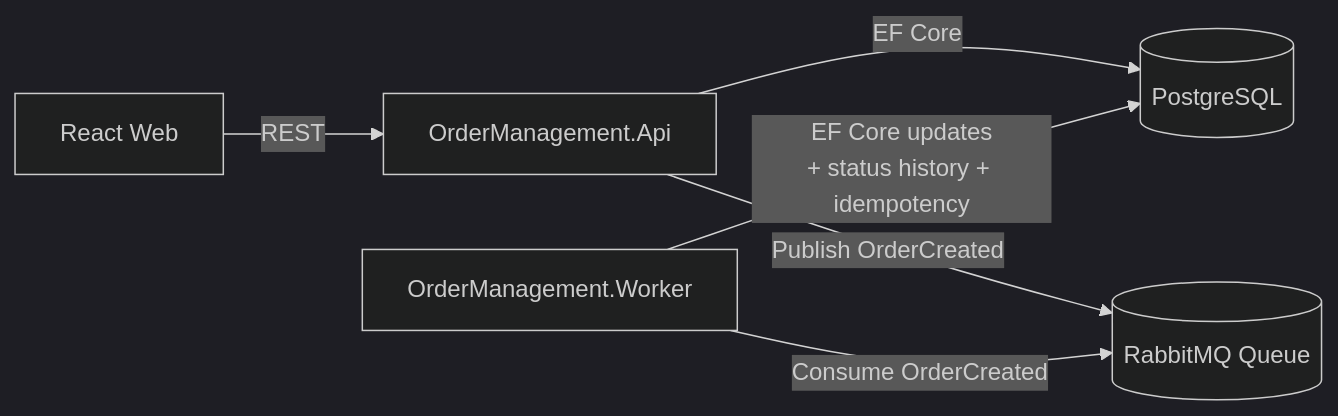
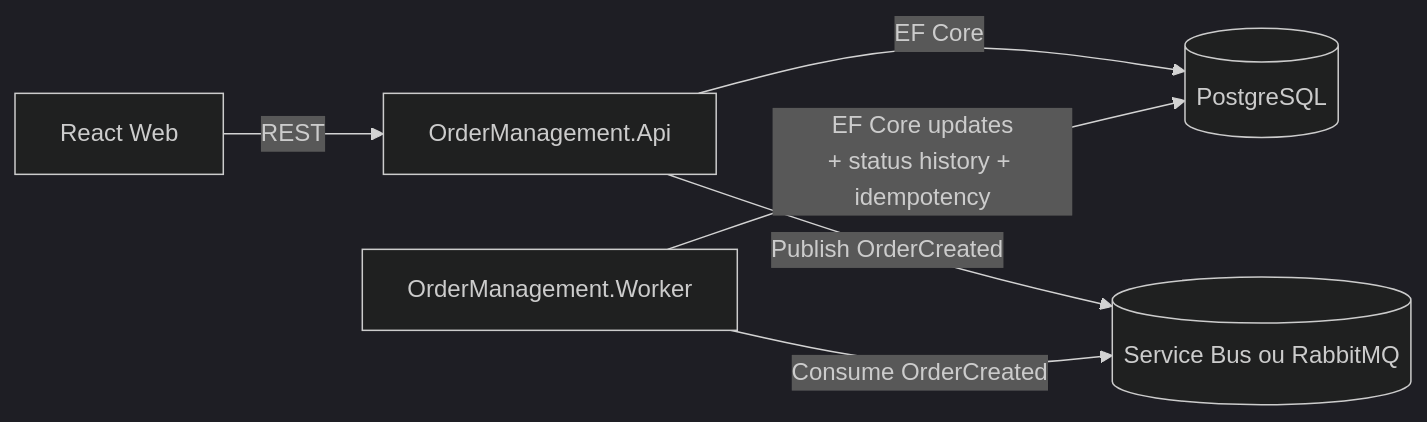
Before and after one commit to natyesilva/order-management: the diagram in README.md, drawn with Mermaid (dark theme). The commit also changed other lines of this file and 12 other files, not shown here.

Commit message:
feat: suporte dual (Azure Service Bus + RabbitMQ)

````diff
--- a/README.md
+++ b/README.md
@@ -18,8 +21,8 @@
 ```mermaid
 flowchart LR
   UI[React Web] -->|REST| API[OrderManagement.Api]
   API -->|EF Core| PG[(PostgreSQL)]
-  API -->|Publish OrderCreated| RMQ[(RabbitMQ Queue)]
-  WK[OrderManagement.Worker] -->|Consume OrderCreated| RMQ
+  API -->|Publish OrderCreated| MQ[(Service Bus ou RabbitMQ)]
+  WK[OrderManagement.Worker] -->|Consume OrderCreated| MQ
   WK -->|EF Core updates\n+ status history + idempotency| PG
 ```
````
